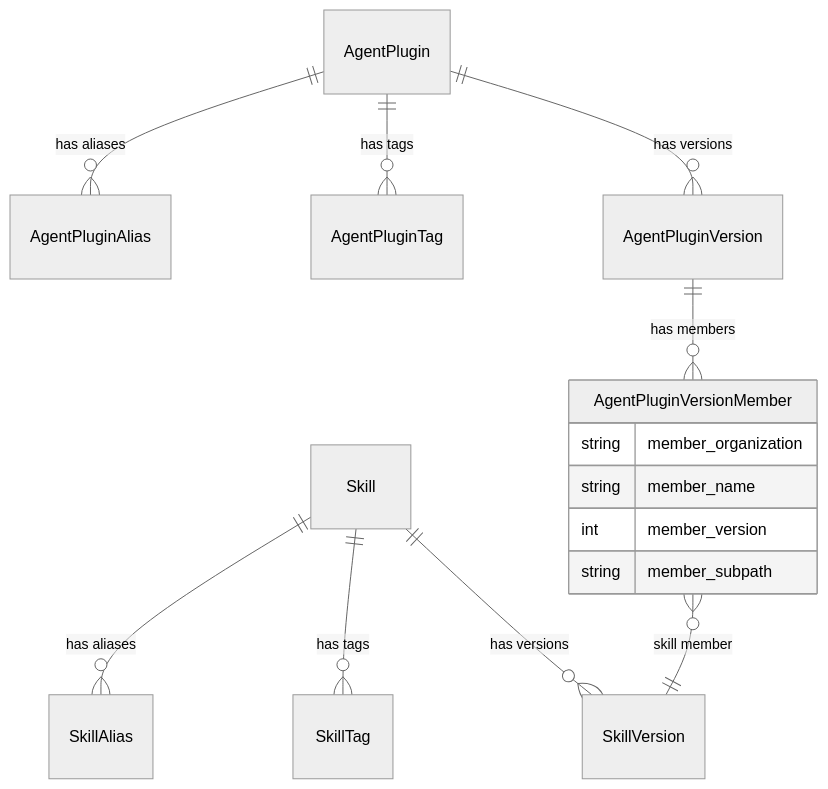
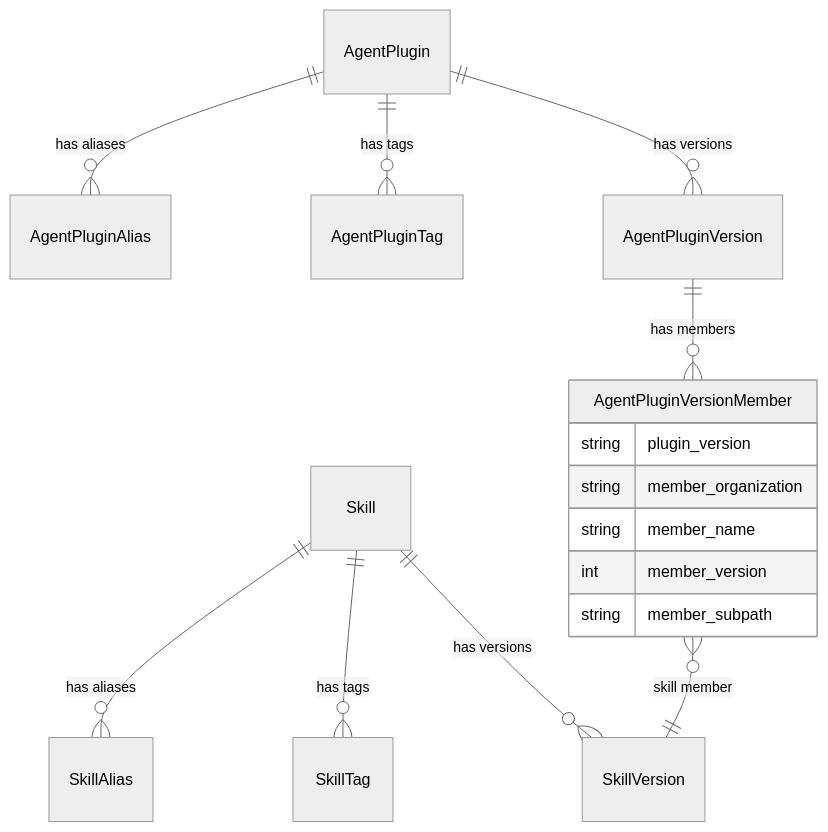
The first of 2 diagrams in rfcs/0008-mvp-skill-registry/0008-mvp-skill-registry.md (jwm4/rfcs), drawn with Mermaid (neutral theme) before and after one commit. The commit also changed other lines of this file and 2 other files, not shown here.

First line of the commit message:
Align AgentPlugin with open Agent Plugins specification

````diff
--- a/rfcs/0008-mvp-skill-registry/0008-mvp-skill-registry.md
+++ b/rfcs/0008-mvp-skill-registry/0008-mvp-skill-registry.md
@@ -459,18 +491,19 @@
 ```mermaid
 erDiagram
 Skill ||--o{ SkillVersion : "has versions"
 Skill ||--o{ SkillTag : "has tags"
 Skill ||--o{ SkillAlias : "has aliases"
 AgentPlugin ||--o{ AgentPluginVersion : "has versions"
 AgentPlugin ||--o{ AgentPluginTag : "has tags"
 AgentPlugin ||--o{ AgentPluginAlias : "has aliases"
 AgentPluginVersion ||--o{ AgentPluginVersionMember : "has members"
 AgentPluginVersionMember }o--|| SkillVersion : "skill member"
 
 AgentPluginVersionMember {
+  string plugin_version
   string member_organization
   string member_name
   int member_version
   string member_subpath
 }
 ```
````
